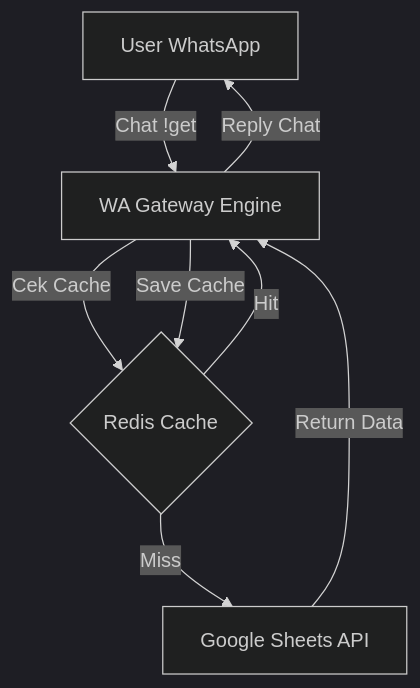
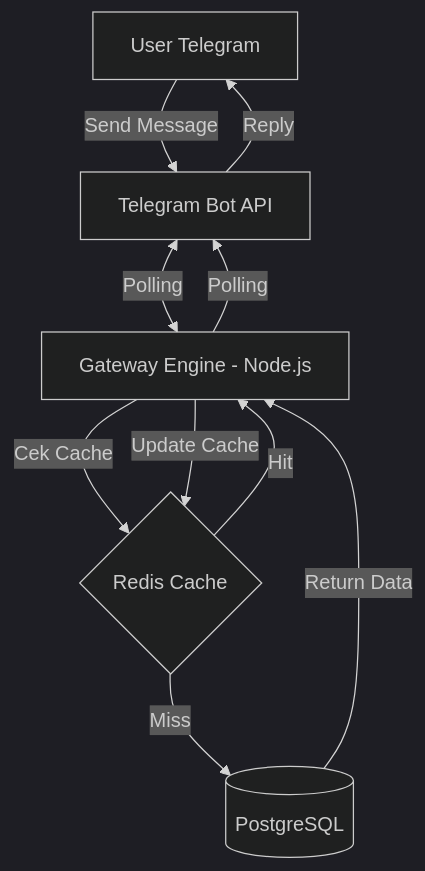
One commit to redomeire/transaction-telegram-chatbot changed the diagram in README.md. Above: the diagram before and after it, drawn with Mermaid (dark theme). The commit also changed other lines of this file and 1 other file, not shown here.

````diff
--- a/README.md
+++ b/README.md
@@ -41,12 +36,14 @@
 ```mermaid
 graph TD
-    User[User WhatsApp] -->|Chat !get| WA[WA Gateway Engine]
-    WA -->|Cek Cache| Redis{Redis Cache}
+    User[User Telegram] -->|Send Message| TG[Telegram Bot API]
+    TG <-->|Polling| Gateway[Gateway Engine - Node.js]
+    Gateway -->|Cek Cache| Redis{Redis Cache}
   
-    Redis -->|Hit| WA
-    Redis -->|Miss| GSheet[Google Sheets API]
+    Redis -->|Hit| Gateway
+    Redis -->|Miss| DB[(PostgreSQL)]
   
-    GSheet -->|Return Data| WA
-    WA -->|Save Cache| Redis
-    WA -->|Reply Chat| User
+    DB -->|Return Data| Gateway
+    Gateway -->|Update Cache| Redis
+    Gateway -->|Polling| TG
+    TG -->|Reply| User
 ```
````
